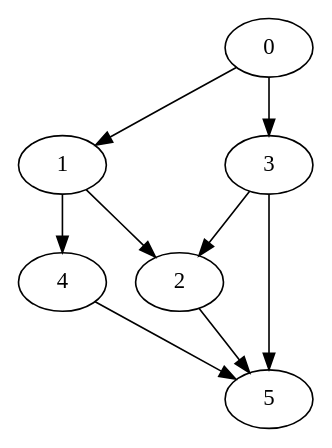
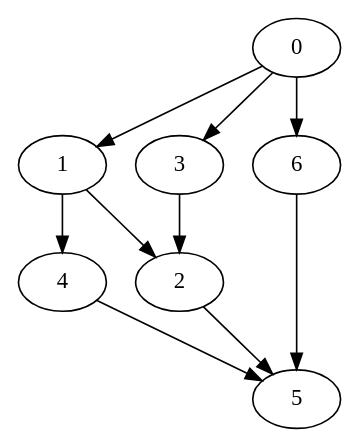
One commit to lejeunel/ksp changed the diagram in examples/example.dot. Above: the diagram before and after it, drawn with Graphviz. The commit also changed 3 other files, not shown here.

```diff
--- a/examples/example.dot
+++ b/examples/example.dot
@@ -1,11 +1,12 @@
 digraph {
   // labelled, weighted edges
   0 -> 1[weight="1"];
+  0 -> 6[weight="15"];
   1 -> 2[weight="1"];
   2 -> 5[weight="1"];
   0 -> 3[weight="4"];
   3 -> 2[weight="1"];
-  3 -> 5[weight="8"];
+  6 -> 5[weight="8"];
   1 -> 4[weight="3"];
   4 -> 5[weight="1"];
 }
```
